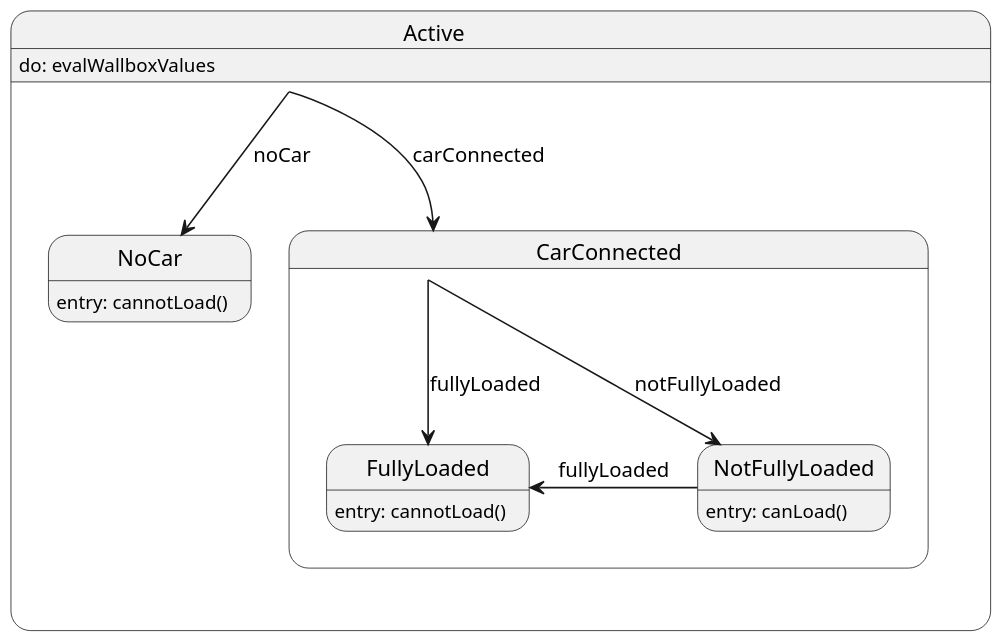
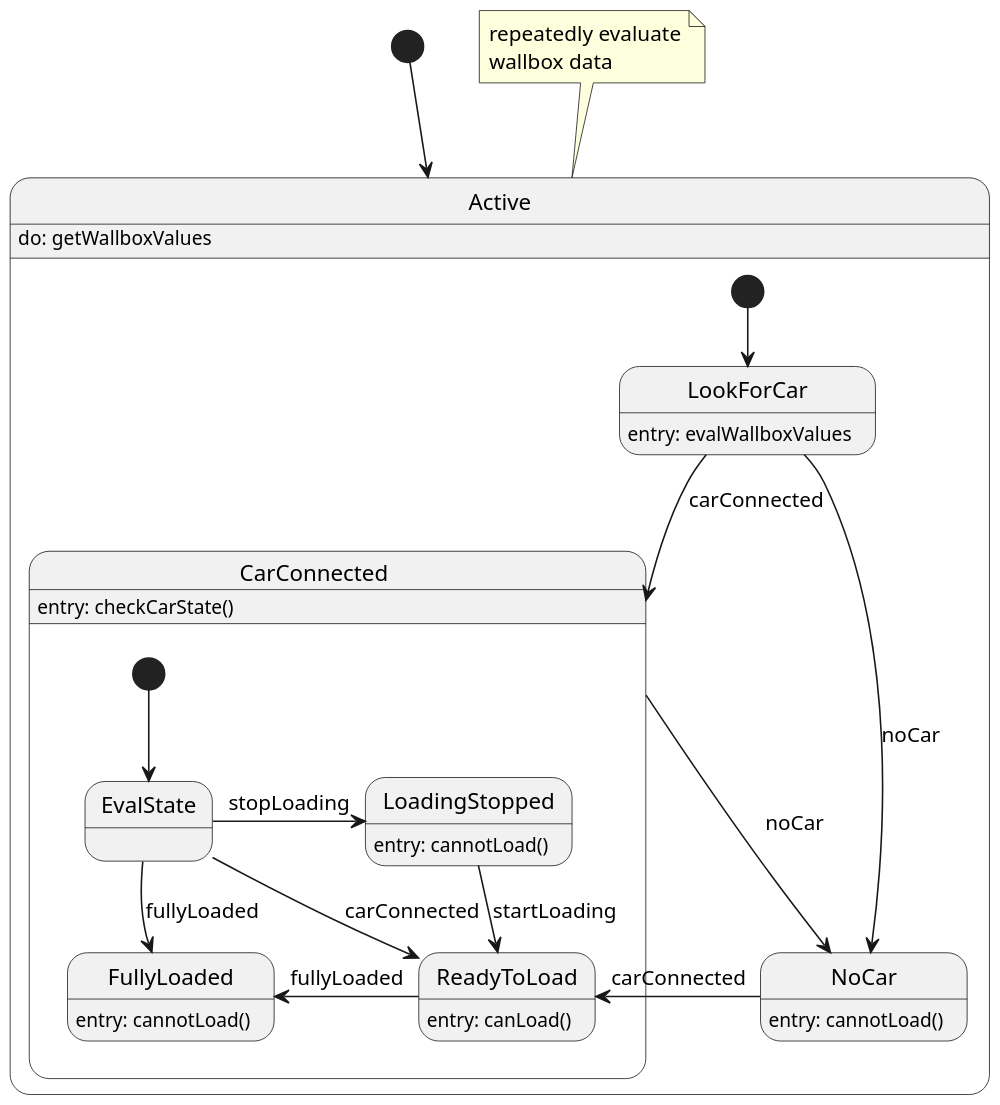
The diagram in src/main/groovy/de/geobe/energy/automation/WallboxMonitor.puml (geobe/energyControl), drawn with PlantUML before and after one commit. The commit also changed 11 other files, not shown here.

```diff
--- a/src/main/groovy/de/geobe/energy/automation/WallboxMonitor.puml
+++ b/src/main/groovy/de/geobe/energy/automation/WallboxMonitor.puml
@@ -1,30 +1,55 @@
 @startuml
 'https://plantuml.com/state-diagram
 
 scale 1000 width
 state "Active" as act {
-    act: do: evalWallboxValues
+    act: do: getWallboxValues
+
+    [*] -->lc
+
+    state "LookForCar" as lc {
+        lc: entry: evalWallboxValues
+    }
 
     state "NoCar" as noc {
         noc: entry: cannotLoad()
     }
 
     state "CarConnected" as cac {
+        cac: entry: checkCarState()
+
+        state "EvalState" as es {
+        }
+
+        [*] --> es
 
         state "FullyLoaded" as fl {
             fl: entry: cannotLoad()
         }
 
-        state "NotFullyLoaded" as nf {
+        state "ReadyToLoad" as nf {
         nf: entry: canLoad()
+        }
+
+        state "LoadingStopped" as ls {
+            ls: entry: cannotLoad()
         }
 
         nf -left-> fl : fullyLoaded
     }
-    cac --> fl : fullyLoaded
-    cac --> nf : notFullyLoaded
+'    es -down-> cac : carConnected
+    es -down-> fl : fullyLoaded
+    es -down-> nf : carConnected
+    noc -left-> nf : carConnected
+    cac --> noc : noCar
+    es -right-> ls : stopLoading
+    ls -down-> nf : startLoading
 }
-act --> noc : noCar
-act --> cac : carConnected
+
+    [*] --> act
+    lc --> noc : noCar
+    lc --> cac : carConnected
+
+    note top of act : repeatedly evaluate\nwallbox data
 
 @enduml
```
